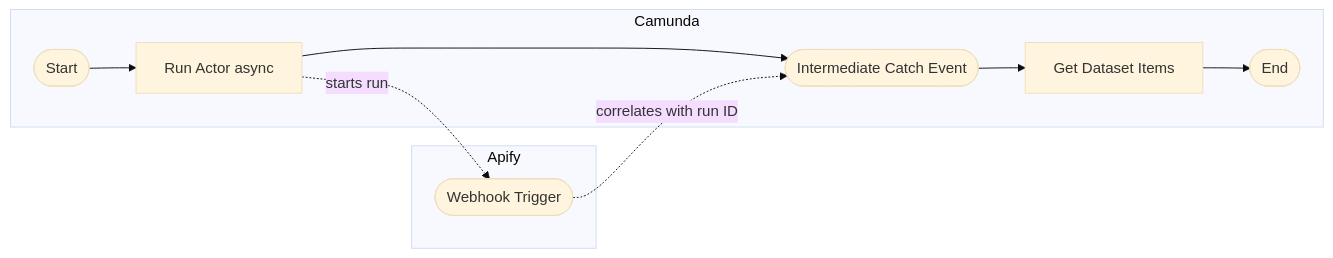
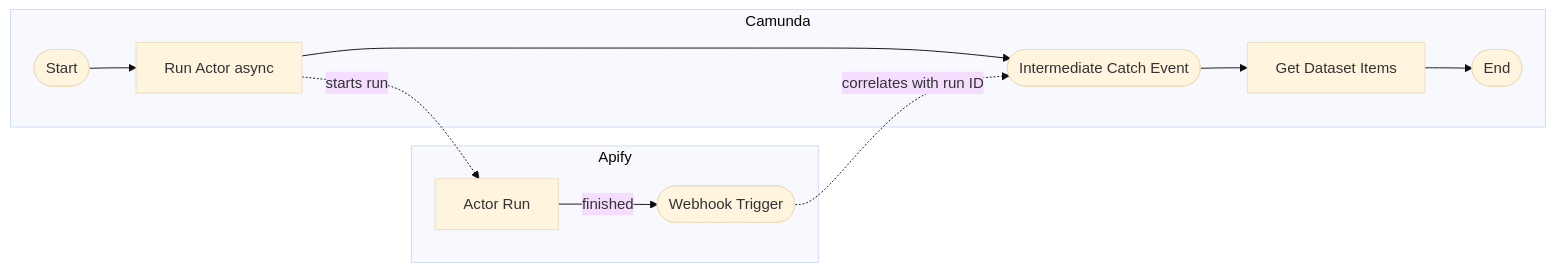
One commit to apify/apify-camunda-integration changed the third of 5 diagrams in CONTRIBUTING.md. Above: the diagram before and after it, drawn with Mermaid (base theme). The commit also changed other lines of this file and 1 other file, not shown here.

````diff
--- a/CONTRIBUTING.md
+++ b/CONTRIBUTING.md
@@ -320,14 +320,14 @@
 ```mermaid
 graph LR
     subgraph Camunda
         A([Start]) --> B[Run Actor async]
         B --> C([Intermediate Catch Event])
         C --> D[Get Dataset Items]
         D --> E([End])
     end
     subgraph Apify
-        W([Webhook Trigger])
+        AR[Actor Run] -->|finished| W([Webhook Trigger])
     end
-    B -.->|starts run| W
+    B -.->|starts run| AR
     W -.->|correlates with run ID| C
 ```
````
